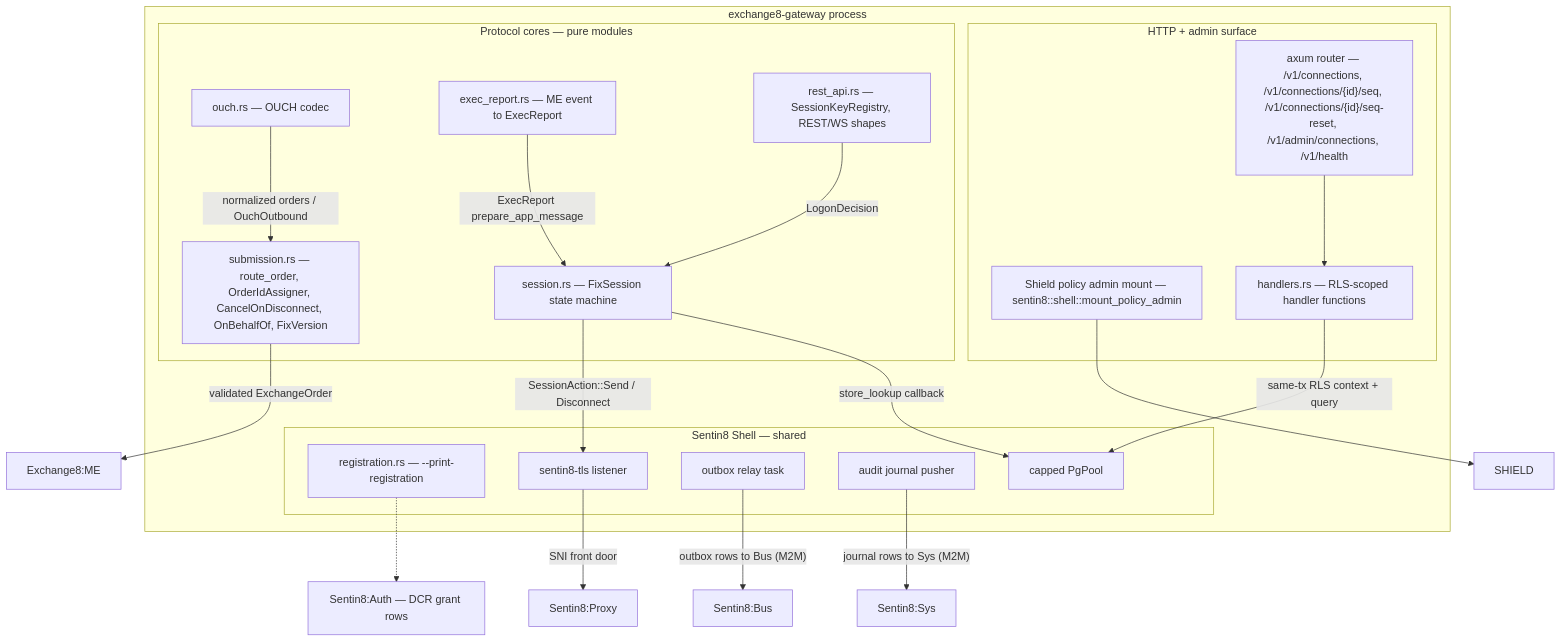
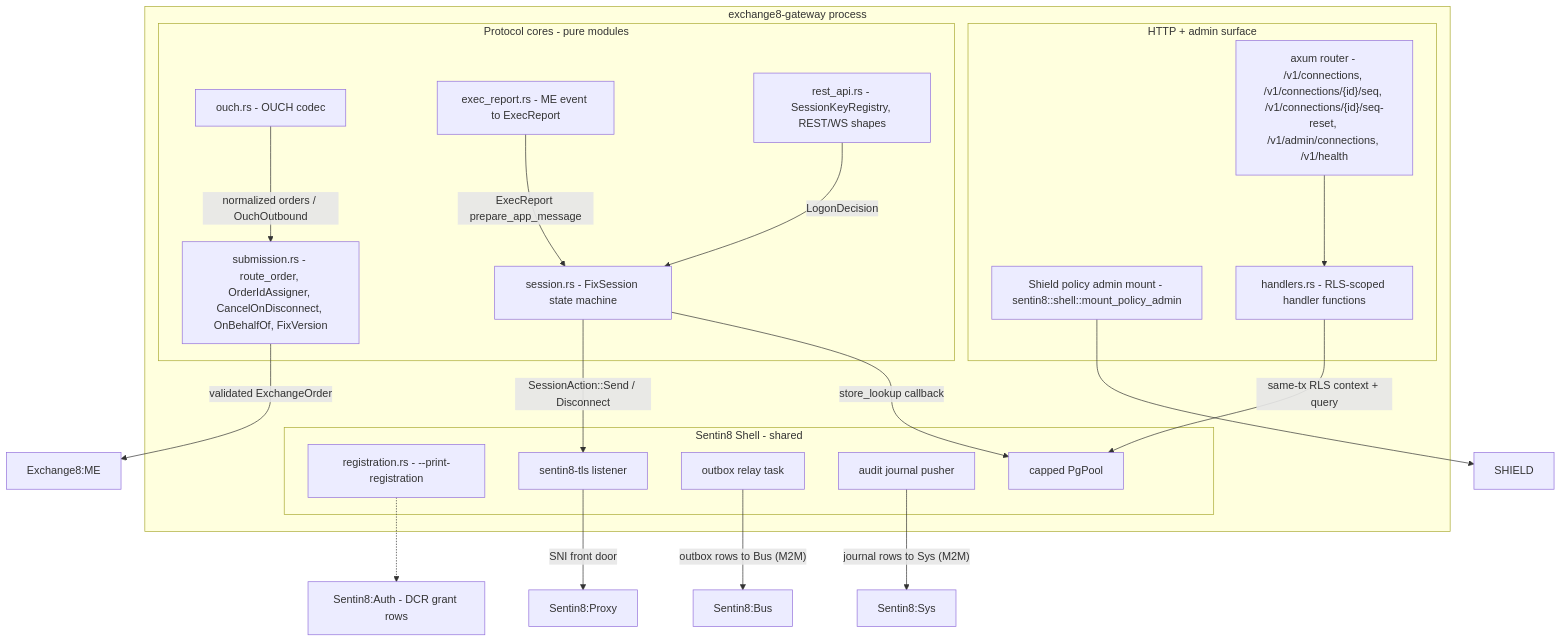
The second of 14 diagrams in docs/products/gateway/design.md (Exchange8-dev/exchange8-site), drawn with Mermaid before and after one commit. The commit also changed other lines of this file and 72 other files, not shown here.

````diff
--- a/docs/products/gateway/design.md
+++ b/docs/products/gateway/design.md
@@ -93,40 +93,40 @@
 ```mermaid
 graph TD
     subgraph GW["exchange8-gateway process"]
         subgraph Api["HTTP + admin surface"]
-            RTR["axum router — /v1/connections, /v1/connections/{id}/seq, /v1/connections/{id}/seq-reset, /v1/admin/connections, /v1/health"]
-            PA["Shield policy admin mount — sentin8::shell::mount_policy_admin"]
-            HDL["handlers.rs — RLS-scoped handler functions"]
+            RTR["axum router - /v1/connections, /v1/connections/{id}/seq, /v1/connections/{id}/seq-reset, /v1/admin/connections, /v1/health"]
+            PA["Shield policy admin mount - sentin8::shell::mount_policy_admin"]
+            HDL["handlers.rs - RLS-scoped handler functions"]
         end
 
-        subgraph Proto["Protocol cores — pure modules"]
-            SES["session.rs — FixSession state machine"]
-            SUB["submission.rs — route_order, OrderIdAssigner, CancelOnDisconnect, OnBehalfOf, FixVersion"]
-            OUC["ouch.rs — OUCH codec"]
-            EXR["exec_report.rs — ME event to ExecReport"]
-            REST["rest_api.rs — SessionKeyRegistry, REST/WS shapes"]
+        subgraph Proto["Protocol cores - pure modules"]
+            SES["session.rs - FixSession state machine"]
+            SUB["submission.rs - route_order, OrderIdAssigner, CancelOnDisconnect, OnBehalfOf, FixVersion"]
+            OUC["ouch.rs - OUCH codec"]
+            EXR["exec_report.rs - ME event to ExecReport"]
+            REST["rest_api.rs - SessionKeyRegistry, REST/WS shapes"]
         end
 
-        subgraph Shell["Sentin8 Shell — shared"]
-            REG["registration.rs — --print-registration"]
+        subgraph Shell["Sentin8 Shell - shared"]
+            REG["registration.rs - --print-registration"]
             POOL["capped PgPool"]
             RELAY["outbox relay task"]
             AUD["audit journal pusher"]
             TLS["sentin8-tls listener"]
         end
     end
 
     RTR --> HDL
     PA --> SHIELD
     HDL -- "same-tx RLS context + query" --> POOL
     SES -- "SessionAction::Send / Disconnect" --> TLS
     SES -- "store_lookup callback" --> POOL
     SUB -- "validated ExchangeOrder" --> ME2["Exchange8:ME"]
     EXR -- "ExecReport prepare_app_message" --> SES
     REST -- "LogonDecision" --> SES
     OUC -- "normalized orders / OuchOutbound" --> SUB
     RELAY -- "outbox rows to Bus (M2M)" --> BUSX["Sentin8:Bus"]
     AUD -- "journal rows to Sys (M2M)" --> SYSX["Sentin8:Sys"]
-    REG -.-> AUTHZ["Sentin8:Auth — DCR grant rows"]
+    REG -.-> AUTHZ["Sentin8:Auth - DCR grant rows"]
     TLS -- "SNI front door" --> EXT["Sentin8:Proxy"]
 ```
````
